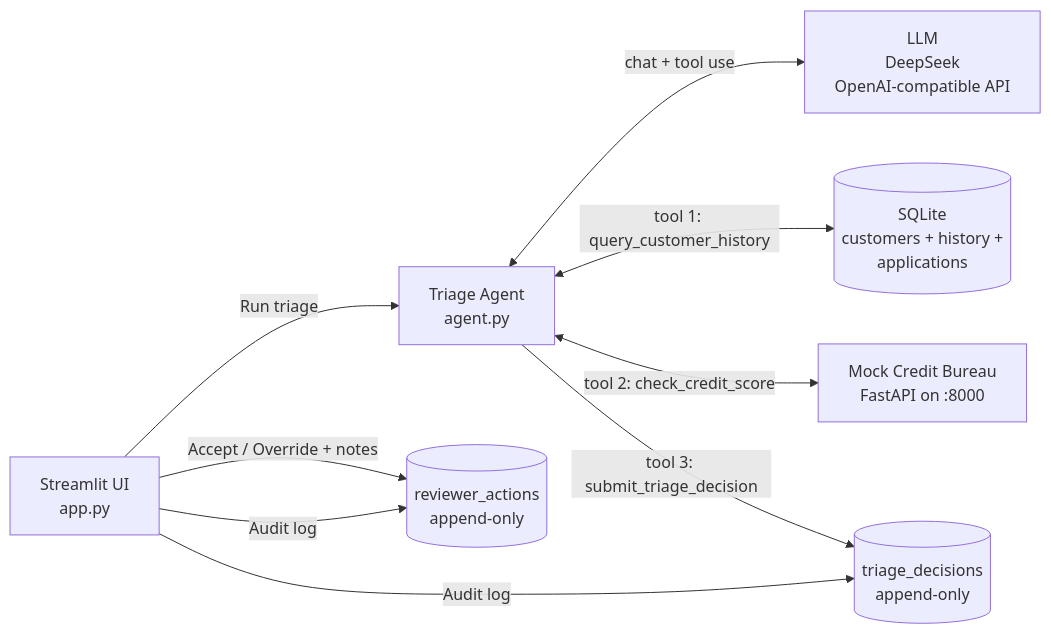
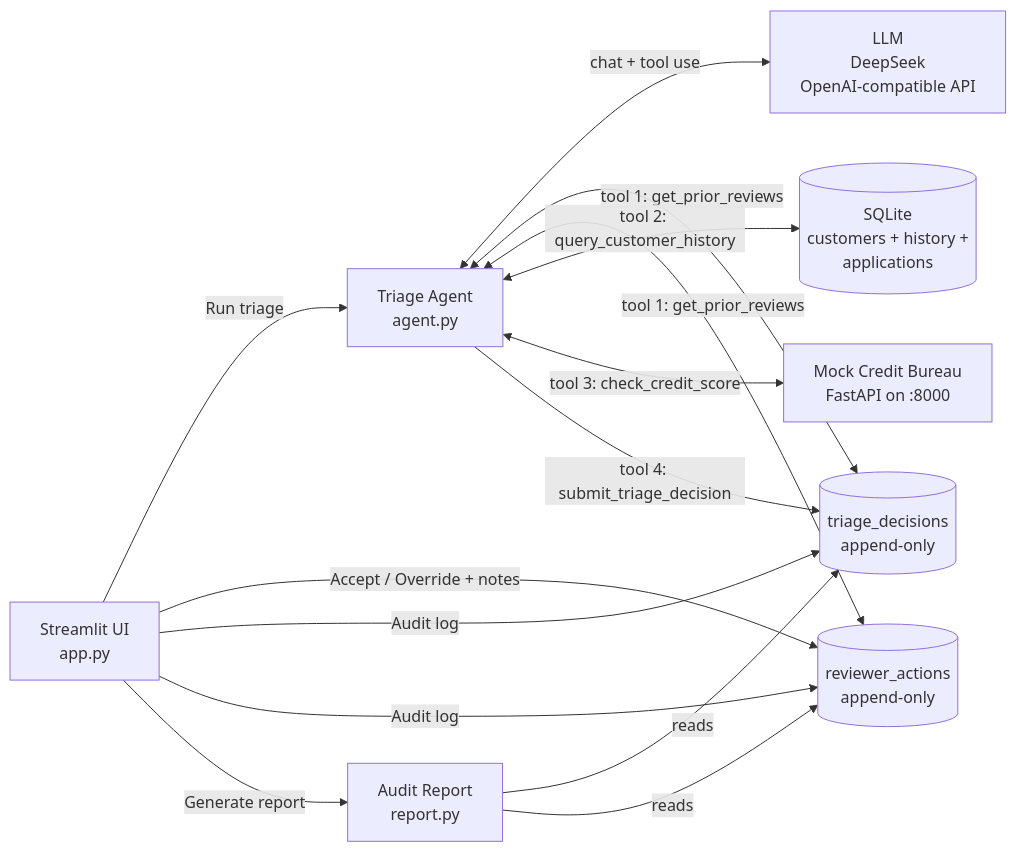
One commit to JingLiu1234567/sme-loan-triage-agent changed the diagram in README.md. Above: the diagram before and after it, drawn with Mermaid. The commit also changed other lines of this file and 7 other files, not shown here.

````diff
--- a/README.md
+++ b/README.md
@@ -38,19 +44,25 @@
 ```mermaid
 flowchart LR
     UI[Streamlit UI<br/>app.py]
     Agent[Triage Agent<br/>agent.py]
     LLM[LLM<br/>DeepSeek<br/>OpenAI-compatible API]
     SQL[(SQLite<br/>customers + history +<br/>applications)]
     Bureau[Mock Credit Bureau<br/>FastAPI on :8000]
     DecisionLog[(triage_decisions<br/>append-only)]
     ReviewLog[(reviewer_actions<br/>append-only)]
+    Report[Audit Report<br/>report.py]
 
     UI -->|Run triage| Agent
     Agent <-->|chat + tool use| LLM
-    Agent <-->|tool 1: query_customer_history| SQL
-    Agent <-->|tool 2: check_credit_score| Bureau
-    Agent -->|tool 3: submit_triage_decision| DecisionLog
+    Agent <-->|tool 1: get_prior_reviews| DecisionLog
+    Agent <-->|tool 1: get_prior_reviews| ReviewLog
+    Agent <-->|tool 2: query_customer_history| SQL
+    Agent <-->|tool 3: check_credit_score| Bureau
+    Agent -->|tool 4: submit_triage_decision| DecisionLog
     UI -->|Accept / Override + notes| ReviewLog
     UI -->|Audit log| DecisionLog
     UI -->|Audit log| ReviewLog
+    UI -->|Generate report| Report
+    Report -->|reads| DecisionLog
+    Report -->|reads| ReviewLog
 ```
````
